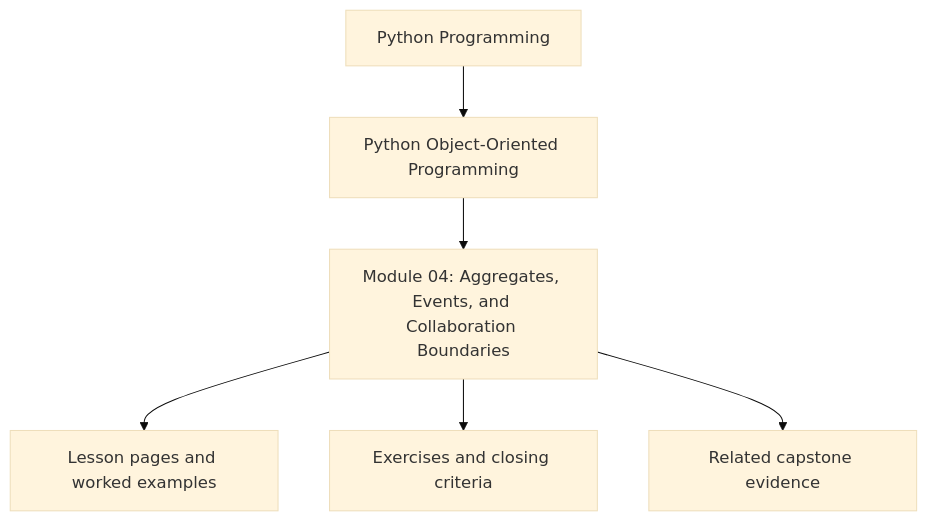
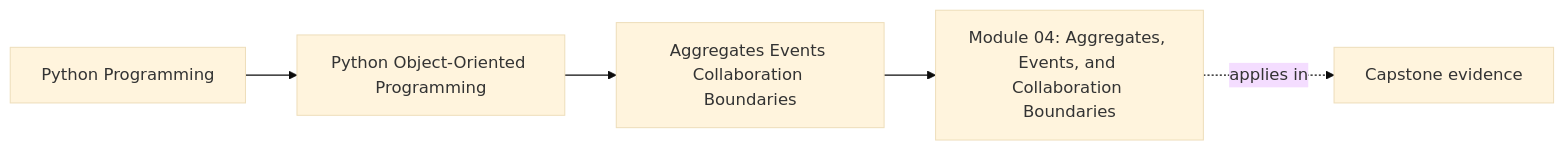
One commit to bijux/bijux-masterclass changed the first of 2 diagrams in programs/python-programming/python-object-oriented-programming/course-book/module-04-aggregates-events-collaboration-boundaries/index.md. Above: the diagram before and after it, drawn with Mermaid (base theme). The commit also changed other lines of this file and 65 other files, not shown here.

Commit message:
docs(python-object-oriented-programming): map object model and design foundations

````diff
--- a/programs/python-programming/python-object-oriented-programming/course-book/module-04-aggregates-events-collaboration-boundaries/index.md
+++ b/programs/python-programming/python-object-oriented-programming/course-book/module-04-aggregates-events-collaboration-boundaries/index.md
@@ -7,8 +7,11 @@
 ```mermaid
-flowchart TD
-  family["Python Programming"] --> program["Python Object-Oriented Programming"]
-  program --> module["Module 04: Aggregates, Events, and Collaboration Boundaries"]
-  module --> lessons["Lesson pages and worked examples"]
-  module --> checkpoints["Exercises and closing criteria"]
-  module --> capstone["Related capstone evidence"]
+graph LR
+  family["Python Programming"]
+  program["Python Object-Oriented Programming"]
+  section["Aggregates Events Collaboration Boundaries"]
+  page["Module 04: Aggregates, Events, and Collaboration Boundaries"]
+  capstone["Capstone evidence"]
+
+  family --> program --> section --> page
+  page -.applies in.-> capstone
 ```
````
